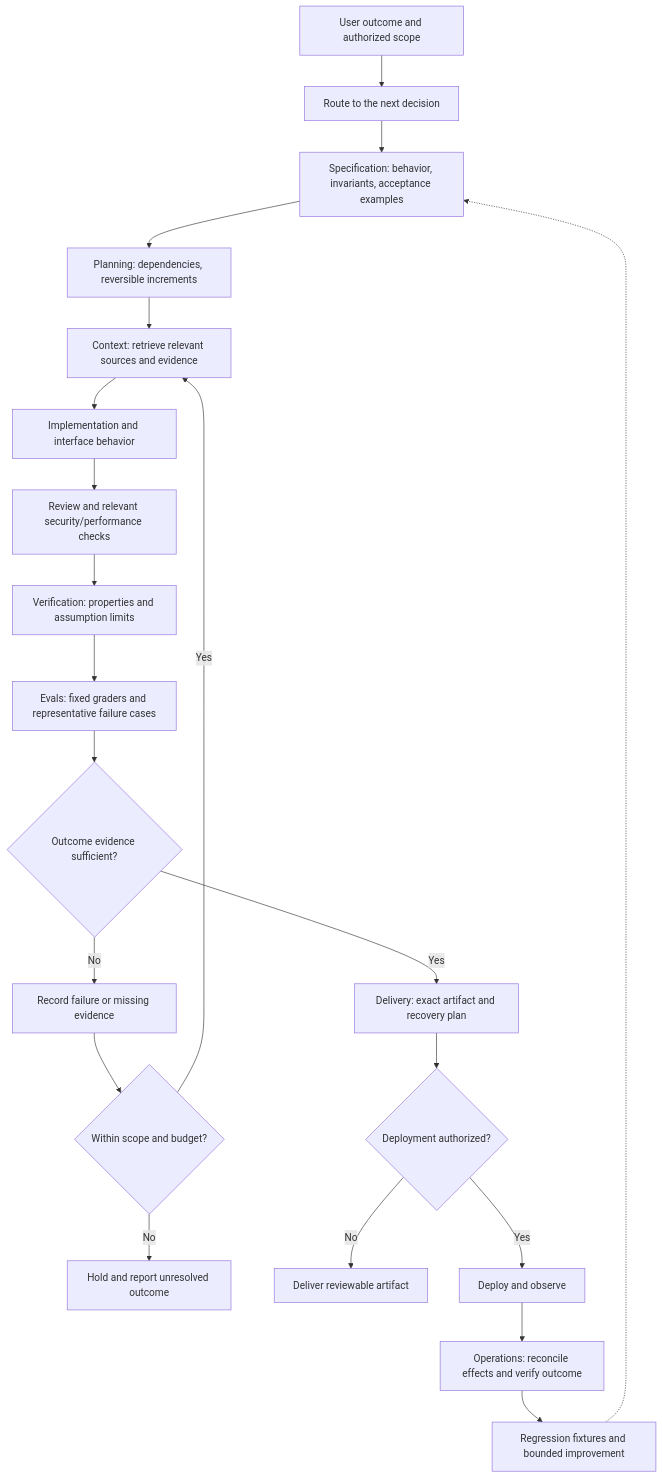
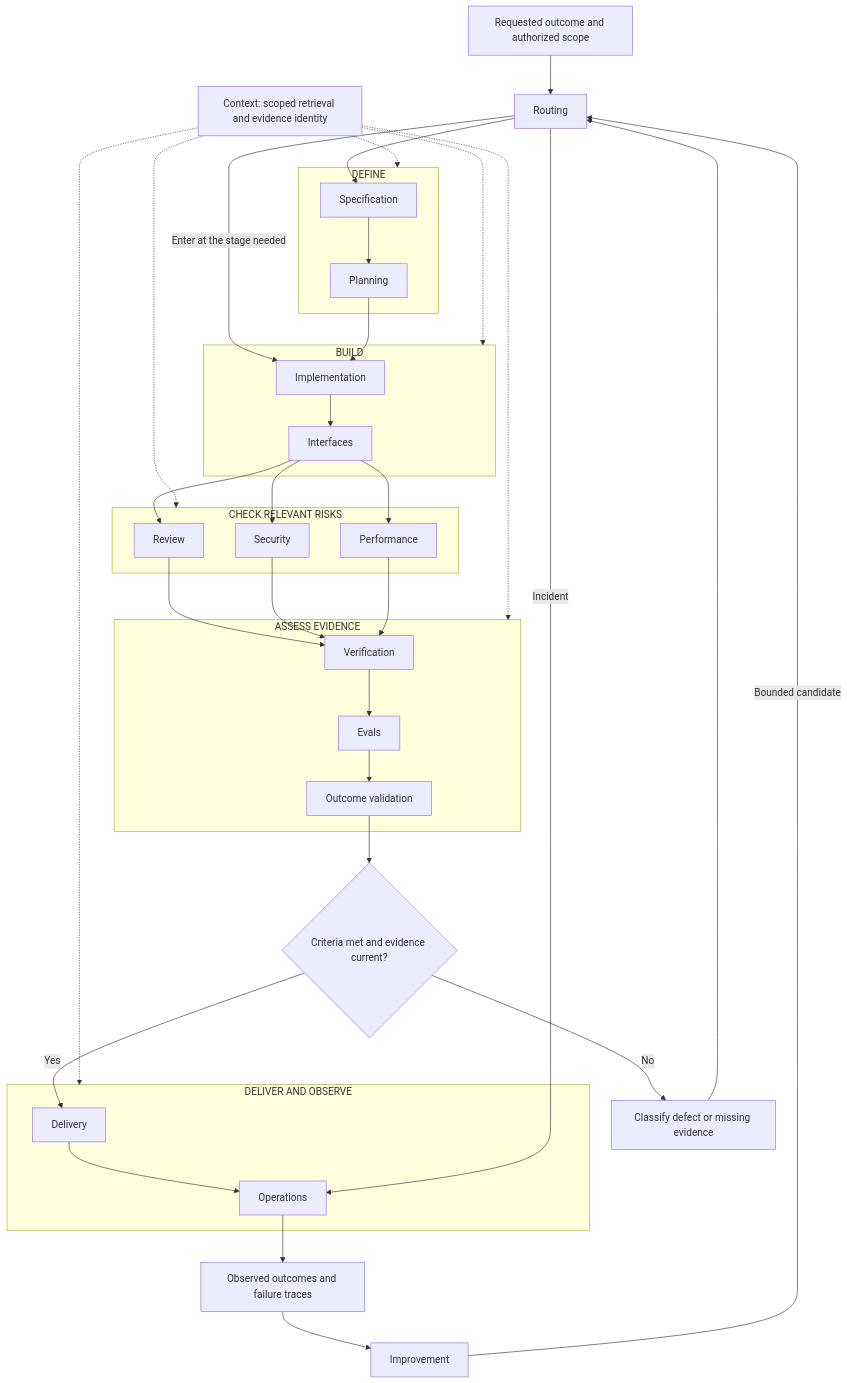
One commit to bijit-ghosh/Agent-Skills changed the first of 2 diagrams in README.md. Above: the diagram before and after it, drawn with Mermaid. The commit also changed other lines of this file and 6 other files, not shown here.

Commit message:
Synchronize architecture, examples, installation and evidence across the 15-skill lifecycle

````diff
--- a/README.md
+++ b/README.md
@@ -91,23 +107,44 @@
 ```mermaid
-flowchart TD
-    U["User outcome and authorized scope"] --> R["Route to the next decision"]
-    R --> S["Specification: behavior, invariants, acceptance examples"]
-    S --> P["Planning: dependencies, reversible increments"]
-    P --> C["Context: retrieve relevant sources and evidence"]
-    C --> I["Implementation and interface behavior"]
-    I --> Q["Review and relevant security/performance checks"]
-    Q --> V["Verification: properties and assumption limits"]
-    V --> E["Evals: fixed graders and representative failure cases"]
-    E --> O{"Outcome evidence sufficient?"}
-    O -->|No| F["Record failure or missing evidence"]
-    F --> B{"Within scope and budget?"}
-    B -->|Yes| C
-    B -->|No| H["Hold and report unresolved outcome"]
-    O -->|Yes| D["Delivery: exact artifact and recovery plan"]
-    D --> A{"Deployment authorized?"}
-    A -->|No| Ready["Deliver reviewable artifact"]
-    A -->|Yes| Run["Deploy and observe"]
-    Run --> Ops["Operations: reconcile effects and verify outcome"]
-    Ops --> Learn["Regression fixtures and bounded improvement"]
-    Learn -.-> S
+flowchart TB
+    Request["Requested outcome and authorized scope"] --> Route["Routing"]
+    subgraph Define["DEFINE"]
+        Spec["Specification"] --> Plan["Planning"]
+    end
+    subgraph Build["BUILD"]
+        Impl["Implementation"] --> UI["Interfaces"]
+    end
+    subgraph Check["CHECK RELEVANT RISKS"]
+        Review["Review"]
+        Sec["Security"]
+        Perf["Performance"]
+    end
+    subgraph Prove["ASSESS EVIDENCE"]
+        Verify["Verification"] --> Evals["Evals"]
+        Evals --> Outcome["Outcome validation"]
+    end
+    subgraph Operate["DELIVER AND OBSERVE"]
+        Delivery["Delivery"] --> Ops["Operations"]
+    end
+    Route --> Spec
+    Route -->|"Enter at the stage needed"| Impl
+    Route -->|"Incident"| Ops
+    Plan --> Impl
+    UI --> Review
+    UI --> Sec
+    UI --> Perf
+    Review --> Verify
+    Sec --> Verify
+    Perf --> Verify
+    Outcome --> Decision{"Criteria met and evidence current?"}
+    Decision -->|"Yes"| Delivery
+    Decision -->|"No"| Gap["Classify defect or missing evidence"]
+    Gap --> Route
+    Ops --> Feedback["Observed outcomes and failure traces"]
+    Feedback --> Improve["Improvement"]
+    Improve -->|"Bounded candidate"| Route
+    Context["Context: scoped retrieval and evidence identity"] -.-> Define
+    Context -.-> Build
+    Context -.-> Check
+    Context -.-> Prove
+    Context -.-> Operate
 ```
````
